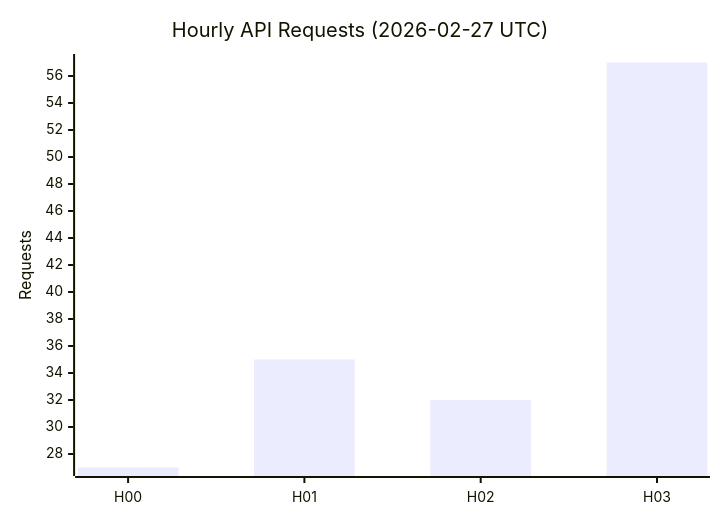
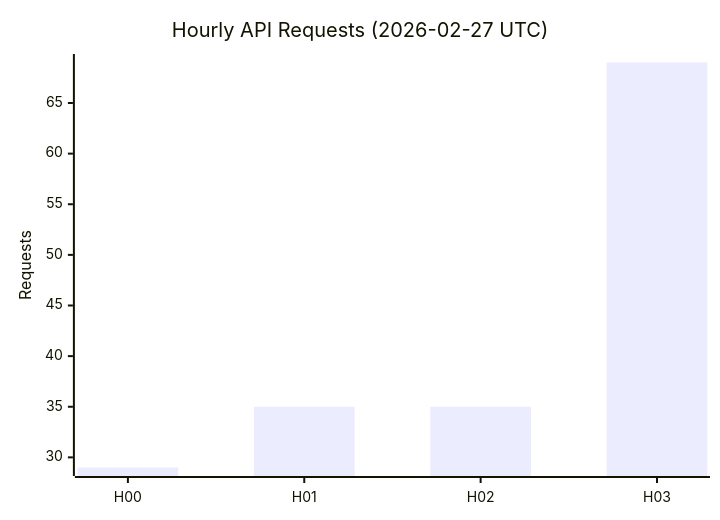
One commit to gormantec/openclaw_reports changed the first of 2 diagrams in reports/2026-02-27/USAGE_REPORT.md. Above: the diagram before and after it, drawn with Mermaid. The commit also changed other lines of this file, not shown here.

````diff
--- a/reports/2026-02-27/USAGE_REPORT.md
+++ b/reports/2026-02-27/USAGE_REPORT.md
@@ -19,7 +19,7 @@
 ```mermaid
 xychart
     title "Hourly API Requests (2026-02-27 UTC)"
     x-axis [H00, H01, H02, H03]
     y-axis "Requests"
-    bar [27, 35, 32, 57]
+    bar [29, 35, 35, 69]
 ```
````
